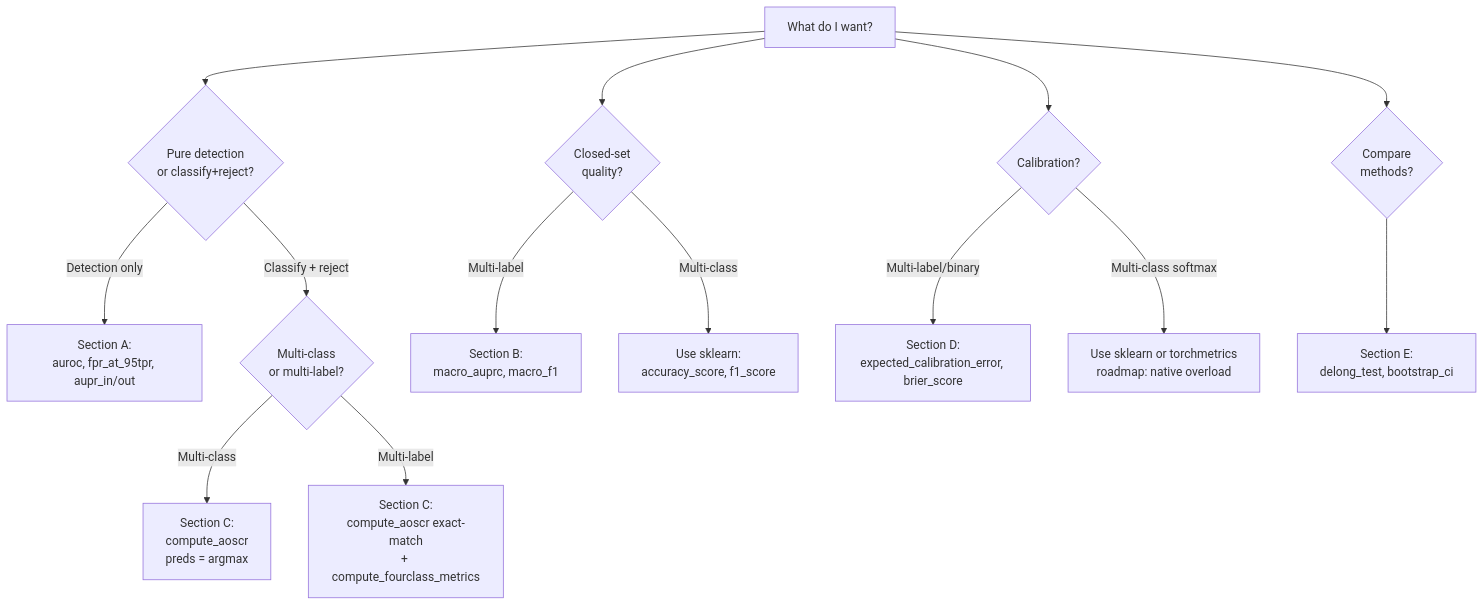
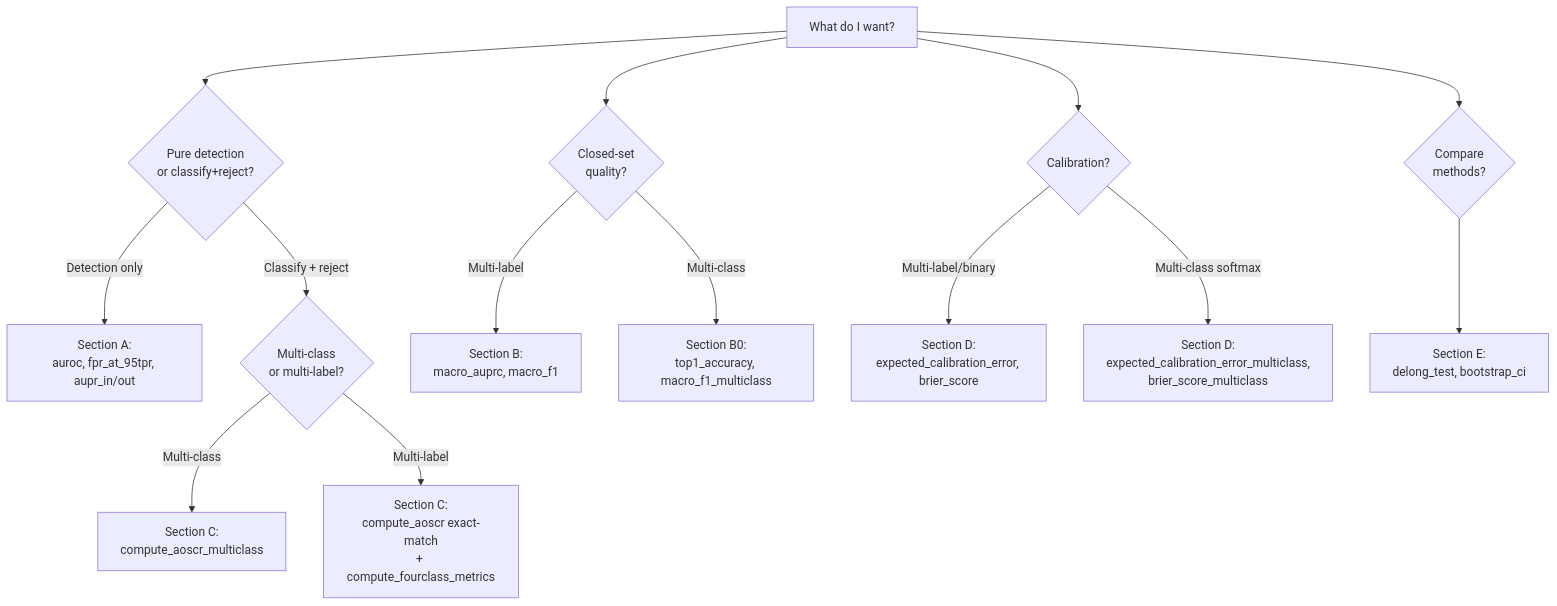
One commit to hxtruong6/osr-metrics changed the diagram in docs/USAGE.md. Above: the diagram before and after it, drawn with Mermaid. The commit also changed other lines of this file and 16 other files, not shown here.

````diff
--- a/docs/USAGE.md
+++ b/docs/USAGE.md
@@ -40,16 +40,16 @@
 ```mermaid
 flowchart TD
     Start[What do I want?] --> Q1{Pure detection<br/>or classify+reject?}
     Q1 -->|Detection only| OOD[Section A:<br/>auroc, fpr_at_95tpr, aupr_in/out]
     Q1 -->|Classify + reject| OSR{Multi-class<br/>or multi-label?}
-    OSR -->|Multi-class| MC[Section C:<br/>compute_aoscr<br/>preds = argmax]
+    OSR -->|Multi-class| MC[Section C:<br/>compute_aoscr_multiclass]
     OSR -->|Multi-label| ML[Section C:<br/>compute_aoscr exact-match<br/>+ compute_fourclass_metrics]
     Start --> Q2{Closed-set<br/>quality?}
     Q2 -->|Multi-label| CLS[Section B:<br/>macro_auprc, macro_f1]
-    Q2 -->|Multi-class| CLS2[Use sklearn:<br/>accuracy_score, f1_score]
+    Q2 -->|Multi-class| CLS2[Section B0:<br/>top1_accuracy, macro_f1_multiclass]
     Start --> Q3{Calibration?}
     Q3 -->|Multi-label/binary| CAL[Section D:<br/>expected_calibration_error, brier_score]
-    Q3 -->|Multi-class softmax| CAL2[Use sklearn or torchmetrics<br/>roadmap: native overload]
+    Q3 -->|Multi-class softmax| CAL2[Section D:<br/>expected_calibration_error_multiclass,<br/>brier_score_multiclass]
     Start --> Q4{Compare<br/>methods?}
     Q4 --> STAT[Section E:<br/>delong_test, bootstrap_ci]
 ```
````
